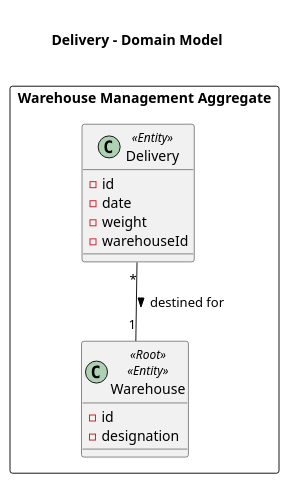
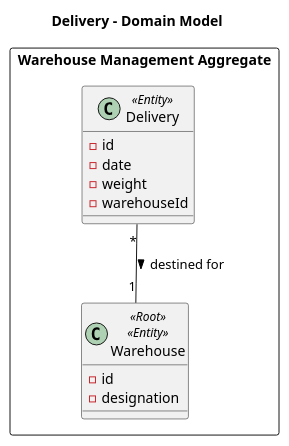
The diagram in Deliverables/delivery/DM_CreateDelivery.puml (pedrofern/desofs2024_M1A_1), drawn with PlantUML before and after one commit. The commit also changed 1 other file, not shown here.

```diff
--- a/Deliverables/delivery/DM_CreateDelivery.puml
+++ b/Deliverables/delivery/DM_CreateDelivery.puml
@@ -1,26 +1,22 @@
 @startuml delivery
 
-title
-
-Delivery - Domain Model
-
-end title
+title Delivery - Domain Model
 
 package "Warehouse Management Aggregate" as wm <<Rectangle>> {
 
     class Warehouse <<Root>> <<Entity>> {
         - id
         - designation
     }
 
     class Delivery <<Entity>> {
         - id
         - date
         - weight
         - warehouseId
     }
 }
 
 Delivery "*" -- "1" Warehouse : destined for >
 
 @enduml
```
